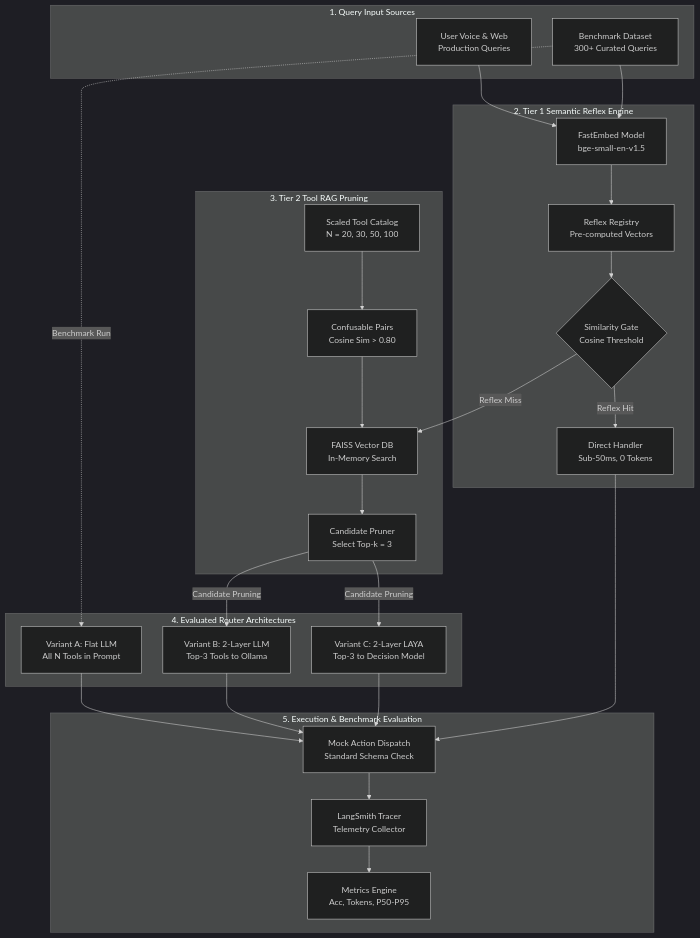
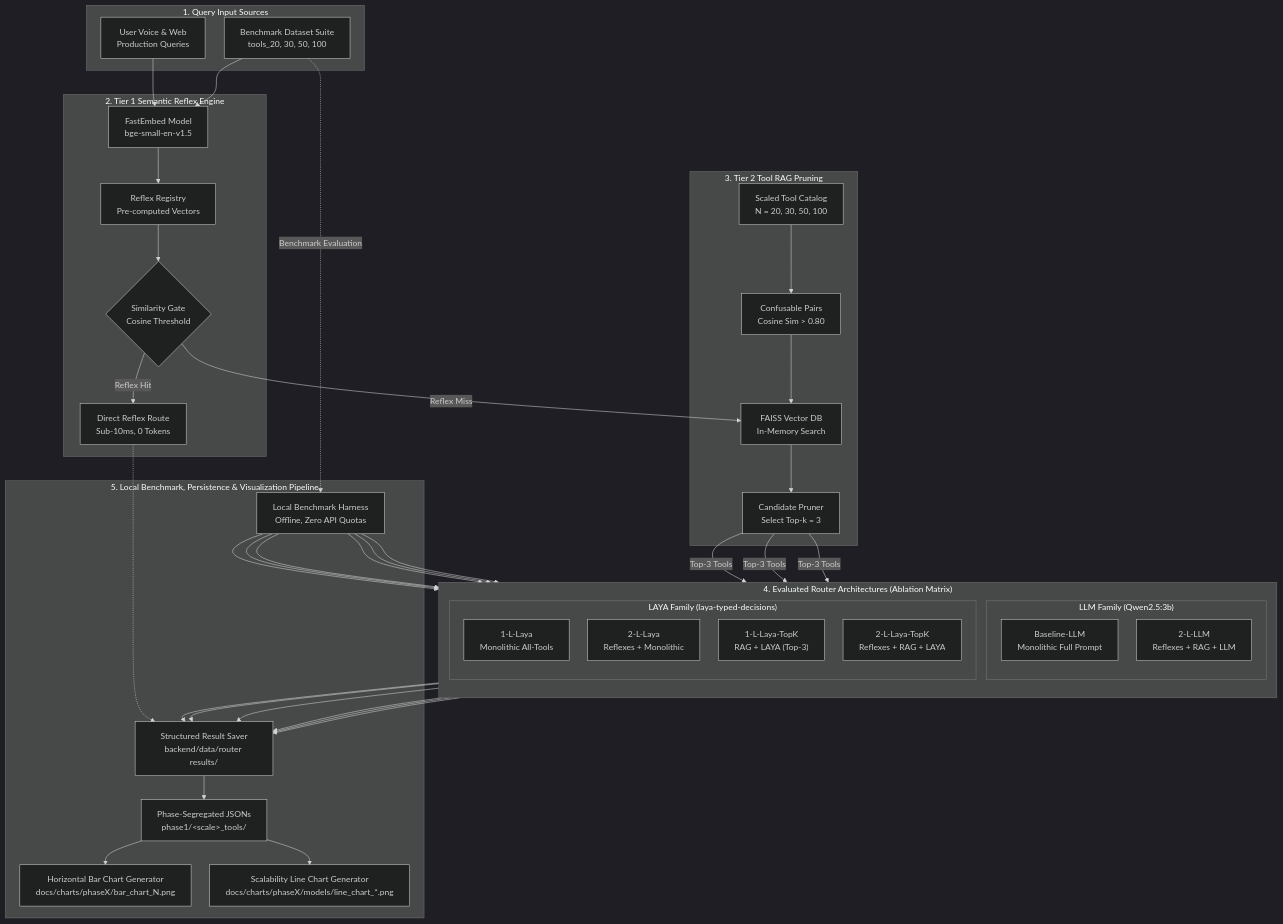
One commit to kaschefi/cozmo_ai_assistant changed the fourth of 5 diagrams in docs/HLD.md. Above: the diagram before and after it, drawn with Mermaid. The commit also changed other lines of this file and 94 other files, not shown here.

Commit message:
"recording the test are converting it to the chart" pipline

````diff
--- a/docs/HLD.md
+++ b/docs/HLD.md
@@ -532,10 +532,10 @@
 ```mermaid
-%%{init: {'theme': 'dark', 'flowchart': {'nodeSpacing': 40, 'rankSpacing': 50, 'padding': 20, 'useMaxWidth': true}}}%%
+%%{init: {'theme': 'dark', 'flowchart': {'nodeSpacing': 35, 'rankSpacing': 45, 'padding': 15, 'useMaxWidth': true}}}%%
 graph TD
     %% Test & Query Sources
     subgraph InputCorpus["1. Query Input Sources"]
         User_Query["User Voice &amp; Web<br/>Production Queries"]
-        Test_Dataset["Benchmark Dataset<br/>300+ Curated Queries"]
+        Test_Dataset["Benchmark Dataset Suite<br/>tools_20, 30, 50, 100"]
     end
 
     %% Tier 1 Reflex Layer
@@ -543,7 +543,7 @@
         FastEmbed_Model["FastEmbed Model<br/>bge-small-en-v1.5"]
         Reflex_Index["Reflex Registry<br/>Pre-computed Vectors"]
         Reflex_Gate{"Similarity Gate<br/>Cosine Threshold"}
-        Instant_Exec["Direct Handler<br/>Sub-50ms, 0 Tokens"]
+        Instant_Exec["Direct Reflex Route<br/>Sub-10ms, 0 Tokens"]
     end
 
     %% Tier 2 Tool RAG Pruning
@@ -554,18 +554,28 @@
         TopK_Pruning["Candidate Pruner<br/>Select Top-k = 3"]
     end
 
-    %% Routing Variants Under Test
-    subgraph RouterVariants["4. Evaluated Router Architectures"]
-        VariantA["Variant A: Flat LLM<br/>All N Tools in Prompt"]
-        VariantB["Variant B: 2-Layer LLM<br/>Top-3 Tools to Ollama"]
-        VariantC["Variant C: 2-Layer LAYA<br/>Top-3 to Decision Model"]
+    %% Routing Variants Under Test (6 Ablation Models)
+    subgraph RouterVariants["4. Evaluated Router Architectures (Ablation Matrix)"]
+        direction TB
+        subgraph LLM_Family["LLM Family (Qwen2.5:3b)"]
+            Baseline_LLM["Baseline-LLM<br/>Monolithic Full Prompt"]
+            Two_L_LLM["2-L-LLM<br/>Reflexes + RAG + LLM"]
+        end
+        subgraph LAYA_Family["LAYA Family (laya-typed-decisions)"]
+            One_L_Laya["1-L-Laya<br/>Monolithic All-Tools"]
+            Two_L_Laya["2-L-Laya<br/>Reflexes + Monolithic"]
+            One_L_Laya_TopK["1-L-Laya-TopK<br/>RAG + LAYA (Top-3)"]
+            Two_L_Laya_TopK["2-L-Laya-TopK<br/>Reflexes + RAG + LAYA"]
+        end
     end
 
-    %% Execution & Benchmark Dispatch
-    subgraph EvaluationHarness["5. Execution &amp; Benchmark Evaluation"]
-        Mock_Dispatch["Mock Action Dispatch<br/>Standard Schema Check"]
-        LangSmith_Tracer["LangSmith Tracer<br/>Telemetry Collector"]
-        Metrics_Reporter["Metrics Engine<br/>Acc, Tokens, P50-P95"]
+    %% Local Benchmark Execution & Persistence Pipeline
+    subgraph EvalPipeline["5. Local Benchmark, Persistence & Visualization Pipeline"]
+        Harness["Local Benchmark Harness<br/>Offline, Zero API Quotas"]
+        Saver["Structured Result Saver<br/>backend/data/router results/"]
+        JSON_Phase["Phase-Segregated JSONs<br/>phase1/&lt;scale&gt;_tools/"]
+        Bar_Gen["Horizontal Bar Chart Generator<br/>docs/charts/phaseX/bar_chart_N.png"]
+        Line_Gen["Scalability Line Chart Generator<br/>docs/charts/phaseX/models/line_chart_*.png"]
     end
 
     %% Flows
@@ -582,15 +592,27 @@
     FAISS_Index --> TopK_Pruning
 
     %% Routing to Variants
-    Test_Dataset -.->|"Benchmark Run"| VariantA
-    TopK_Pruning -->|"Candidate Pruning"| VariantB
-    TopK_Pruning -->|"Candidate Pruning"| VariantC
+    Test_Dataset -.->|"Benchmark Evaluation"| Harness
+    Harness --> Baseline_LLM
+    Harness --> Two_L_LLM
+    Harness --> One_L_Laya
+    Harness --> Two_L_Laya
+    Harness --> One_L_Laya_TopK
+    Harness --> Two_L_Laya_TopK
 
-    VariantA --> Mock_Dispatch
-    VariantB --> Mock_Dispatch
-    VariantC --> Mock_Dispatch
-    Instant_Exec --> Mock_Dispatch
+    TopK_Pruning -->|"Top-3 Tools"| Two_L_LLM
+    TopK_Pruning -->|"Top-3 Tools"| One_L_Laya_TopK
+    TopK_Pruning -->|"Top-3 Tools"| Two_L_Laya_TopK
 
-    Mock_Dispatch --> LangSmith_Tracer
-    LangSmith_Tracer --> Metrics_Reporter
+    Baseline_LLM --> Saver
+    Two_L_LLM --> Saver
+    One_L_Laya --> Saver
+    Two_L_Laya --> Saver
+    One_L_Laya_TopK --> Saver
+    Two_L_Laya_TopK --> Saver
+    Instant_Exec -.-> Saver
+
+    Saver --> JSON_Phase
+    JSON_Phase --> Bar_Gen
+    JSON_Phase --> Line_Gen
 ```
````
